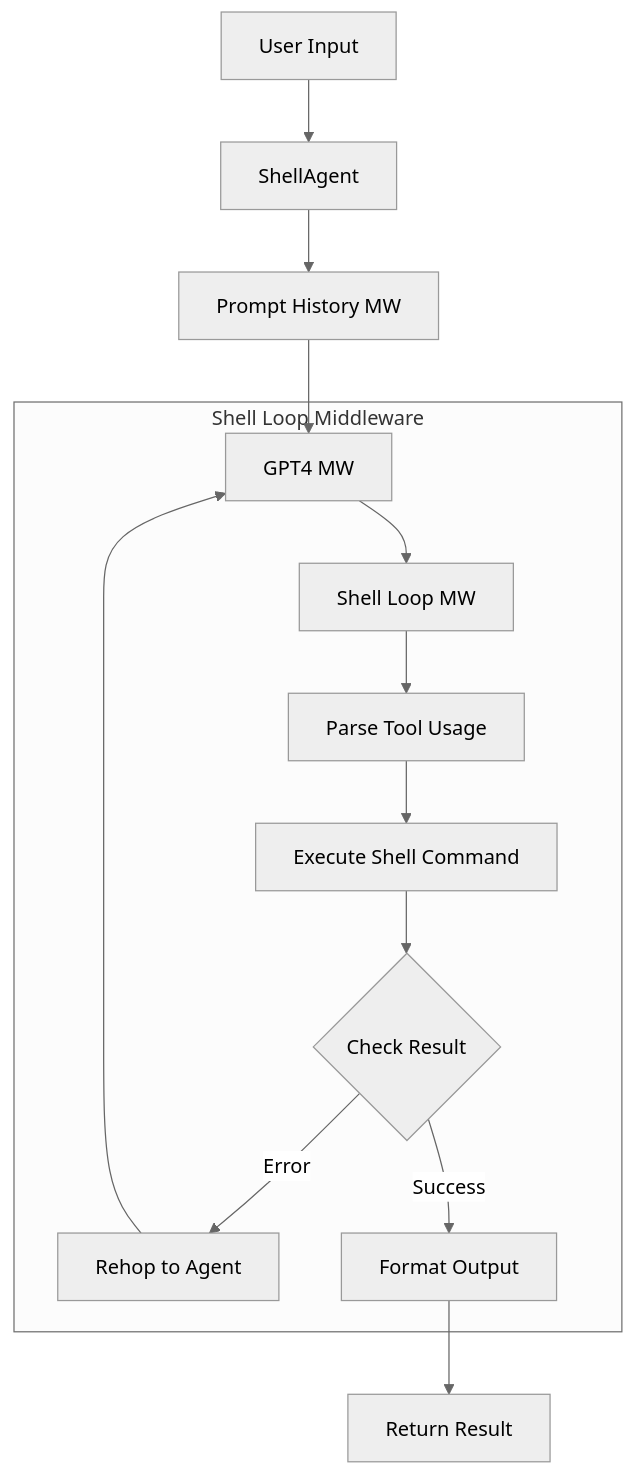
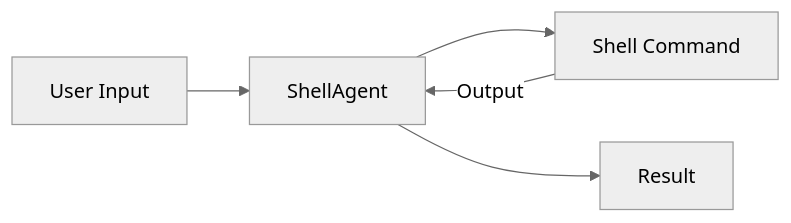
The diagram in doc/quickstart/how-cogni-works.md (BrutLogic/cogni), drawn with Mermaid (neutral theme) before and after one commit. The commit also changed other lines of this file, not shown here.

Commit message:
docs: Simplify ShellAgent mermaid diagram to show basic flow

````diff
--- a/doc/quickstart/how-cogni-works.md
+++ b/doc/quickstart/how-cogni-works.md
@@ -50,18 +50,7 @@
 ```mermaid
-graph TD
-    Input[User Input] --> Agent[ShellAgent]
-    Agent --> MW1[Prompt History MW]
-    MW1 --> MW2[GPT4 MW]
-    MW2 --> MW3[Shell Loop MW]
-    
-    subgraph "Shell Loop Middleware"
-        MW3 --> Parse[Parse Tool Usage]
-        Parse --> Exec[Execute Shell Command]
-        Exec --> Check{Check Result}
-        Check -->|Error| Rehop[Rehop to Agent]
-        Check -->|Success| Format[Format Output]
-        Rehop --> MW2
-    end
-    
-    Format --> Output[Return Result]
+graph LR
+    User[User Input] --> Agent[ShellAgent]
+    Agent --> Shell[Shell Command]
+    Shell -->|Output| Agent
+    Agent --> Output[Result]
 ```
````
